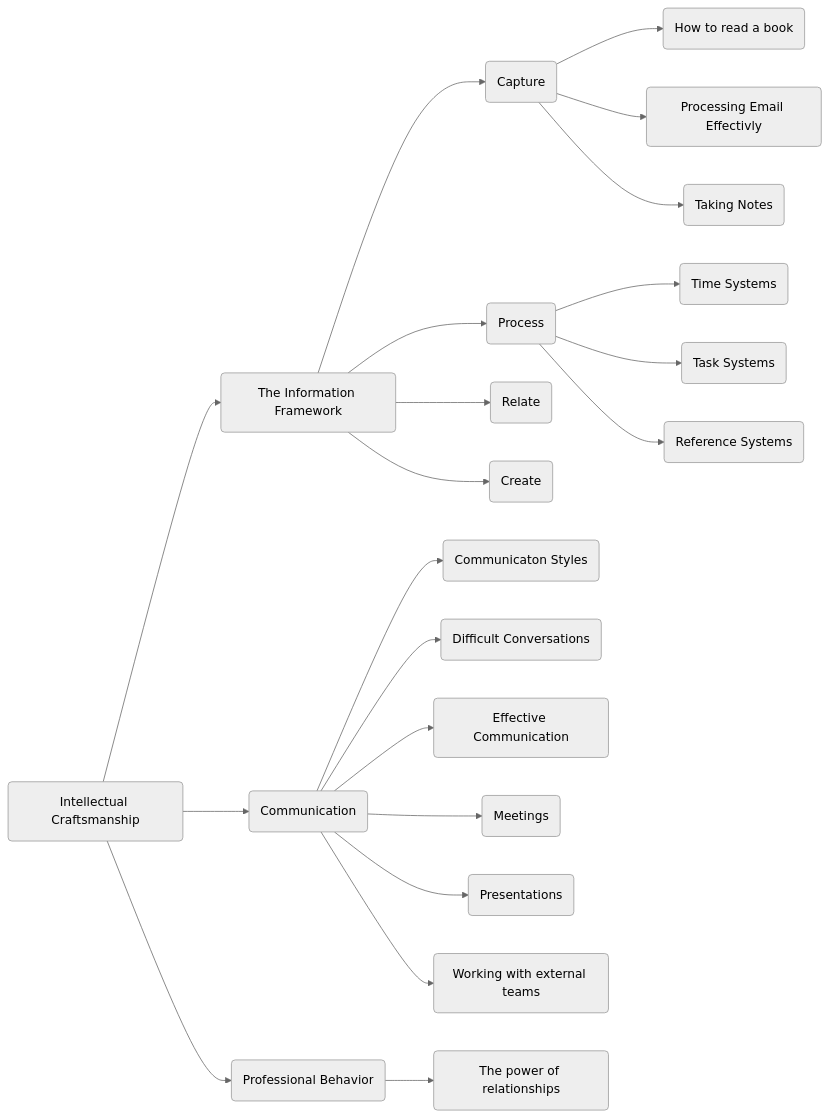
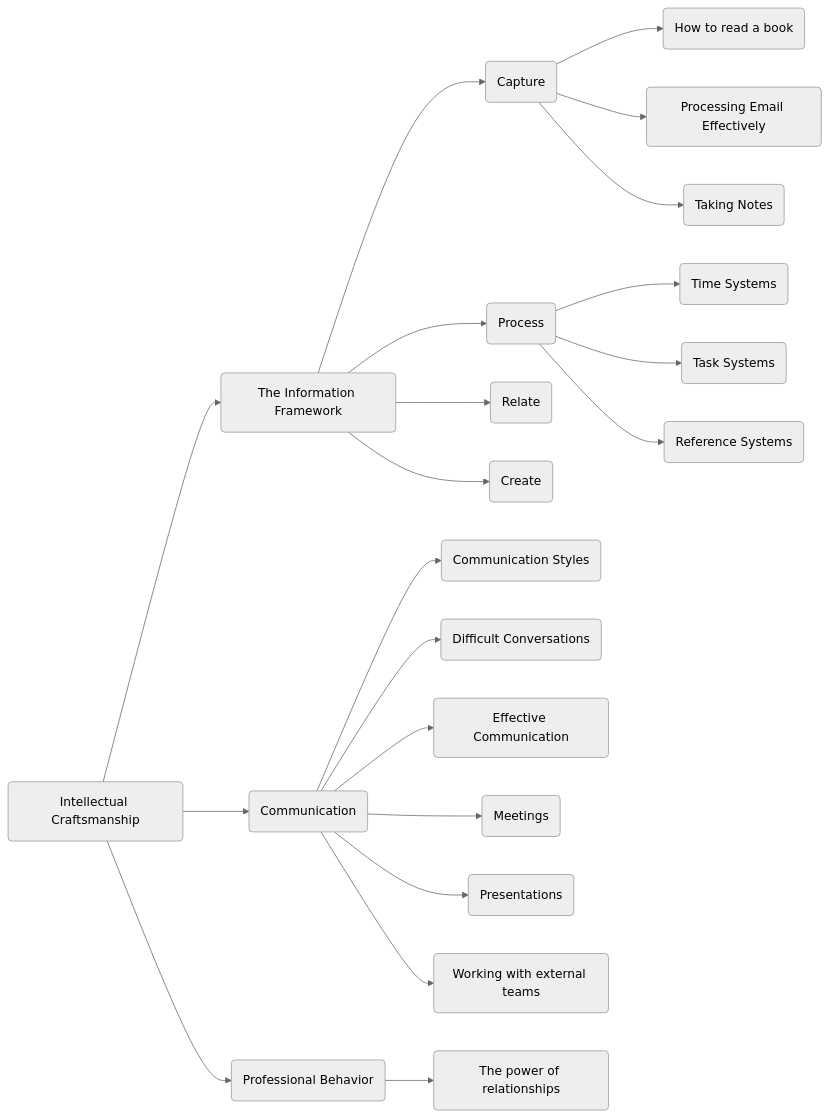
One commit to forrestpitz/forrestpitz.github.io changed the diagram in _posts/2023-01-05-intro.md. Above: the diagram before and after it, drawn with Mermaid (neutral theme). The commit also changed other lines of this file and 15 other files, not shown here.

````diff
--- a/_posts/2023-01-05-intro.md
+++ b/_posts/2023-01-05-intro.md
@@ -51,44 +51,44 @@
 ```mermaid
 graph LR; 
   A(Intellectual Craftsmanship)-->B(The Information Framework)
   A-->C(Professional Behavior)
   A-->D(Communication)
   B-->E(Capture)
   E-->F(How to read a book)
-  E-->G(Processing Email Effectivly)
+  E-->G(Processing Email Effectively)
   E-->H(Taking Notes)
   B-->I(Process)
   I-->J(Time Systems)
   I-->K(Task Systems)
   I-->L(Reference Systems)
   B-->M(Relate)  
   B-->N(Create)
-  D-->O(Communicaton Styles)
+  D-->O(Communication Styles)
   D-->P(Difficult Conversations)
   D-->Q(Effective Communication)
   D-->R(Meetings)
   D-->S(Presentations)
   D-->T(Working with external teams)
   C-->U(The power of relationships)
 
   click B "{% post_url 2023-01-05-info-framework %}"
   click C "{% post_url 2023-01-05-professionalbehavior %}"
   click D "{% post_url 2023-01-05-communication %}"
   click E "{% post_url 2023-01-05-capture %}"
   click F "{% post_url 2023-01-05-readabook %}"
   click G "{% post_url 2023-01-05-email %}"
   click H "{% post_url 2023-01-05-notetaking %}"
   click I "{% post_url 2023-01-05-process %}"
   click J "{% post_url 2023-01-05-timesystems %}"
   click K "{% post_url 2023-01-05-tasksystems %}"
   click L "{% post_url 2023-01-05-referencesystems %}"
   click M "{% post_url 2023-01-05-relate %}"
   click N "{% post_url 2023-01-05-create %}"
   click O "{% post_url 2023-01-05-communicationstyles %}"
   click P "{% post_url 2023-01-05-difficultconversations %}"
   click Q "{% post_url 2023-01-05-effective-communication %}"
   click R "{% post_url 2023-01-05-meetings %}"
   click S "{% post_url 2023-01-05-presentations %}"
   click T "{% post_url 2023-01-05-externalteams %}"
   click U "{% post_url 2023-01-05-relationships %}"
 ```
````
